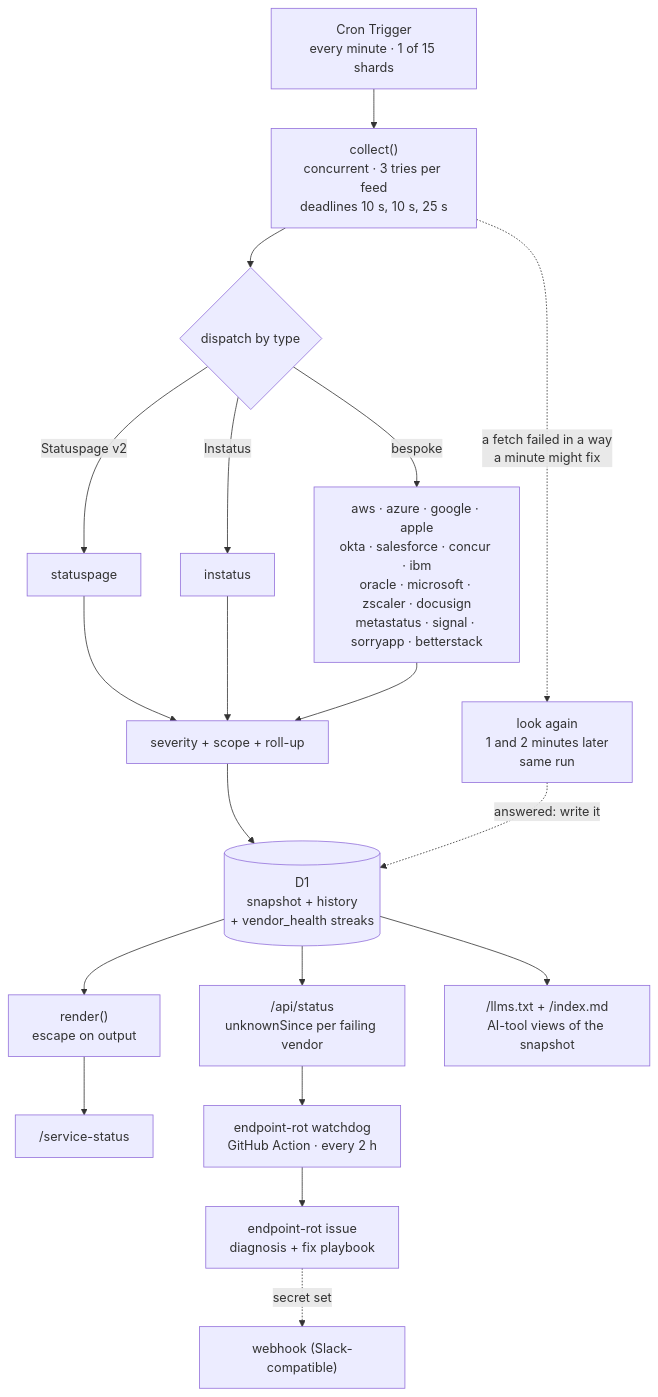
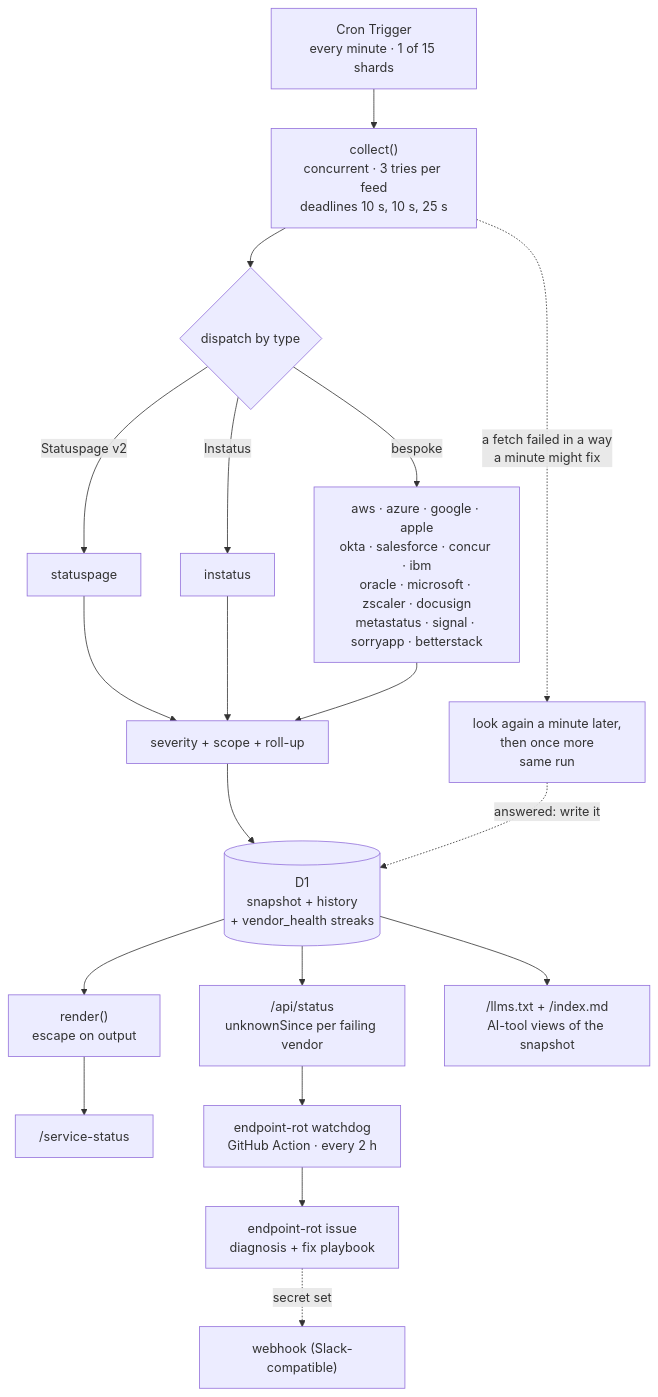
The first of 4 diagrams in README.md (bjgreenberg/vendor-dashboard), drawn with Mermaid before and after one commit. The commit also changed other lines of this file and 5 other files, not shown here.

````diff
--- a/README.md
+++ b/README.md
@@ -82,21 +82,21 @@
 ```mermaid
 flowchart TB
     cron["Cron Trigger<br/>every minute · 1 of 15 shards"] --> collect["collect()<br/>concurrent · 3 tries per feed<br/>deadlines 10 s, 10 s, 25 s"]
     collect --> adapters{"dispatch by type"}
     adapters -->|"Statuspage v2"| a1["statuspage"]
     adapters -->|"Instatus"| a2["instatus"]
     adapters -->|"bespoke"| a3["aws · azure · google · apple<br/>okta · salesforce · concur · ibm<br/>oracle · microsoft · zscaler · docusign<br/>metastatus · signal · sorryapp · betterstack"]
     a1 --> norm["severity + scope + roll-up"]
     a2 --> norm
     a3 --> norm
     norm --> d1[("D1<br/>snapshot + history<br/>+ vendor_health streaks")]
-    collect -.->|"a fetch failed in a way<br/>a minute might fix"| again["look again<br/>1 and 2 minutes later<br/>same run"]
+    collect -.->|"a fetch failed in a way<br/>a minute might fix"| again["look again a minute later,<br/>then once more<br/>same run"]
     again -.->|"answered: write it"| d1
     d1 --> render["render()<br/>escape on output"]
     render --> page["/service-status"]
     d1 --> api["/api/status<br/>unknownSince per failing vendor"]
     d1 --> ai["/llms.txt + /index.md<br/>AI-tool views of the snapshot"]
     api --> wd["endpoint-rot watchdog<br/>GitHub Action · every 2 h"]
     wd --> issue["endpoint-rot issue<br/>diagnosis + fix playbook"]
     issue -.->|"secret set"| slack["webhook (Slack-compatible)"]
 ```
````
